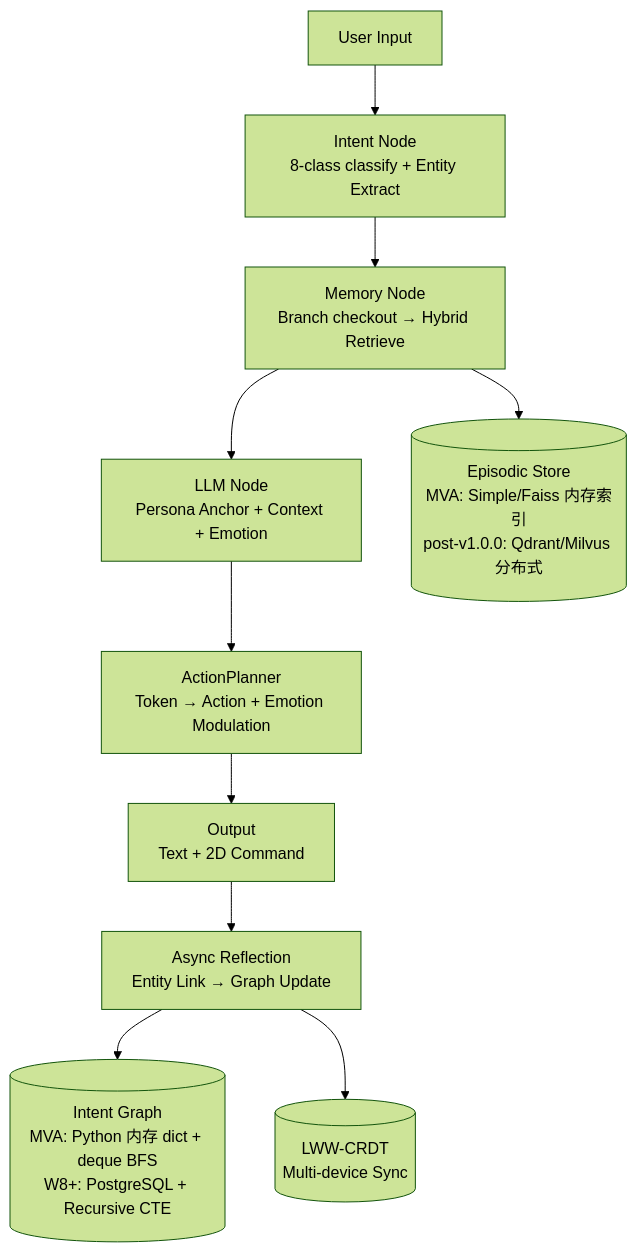
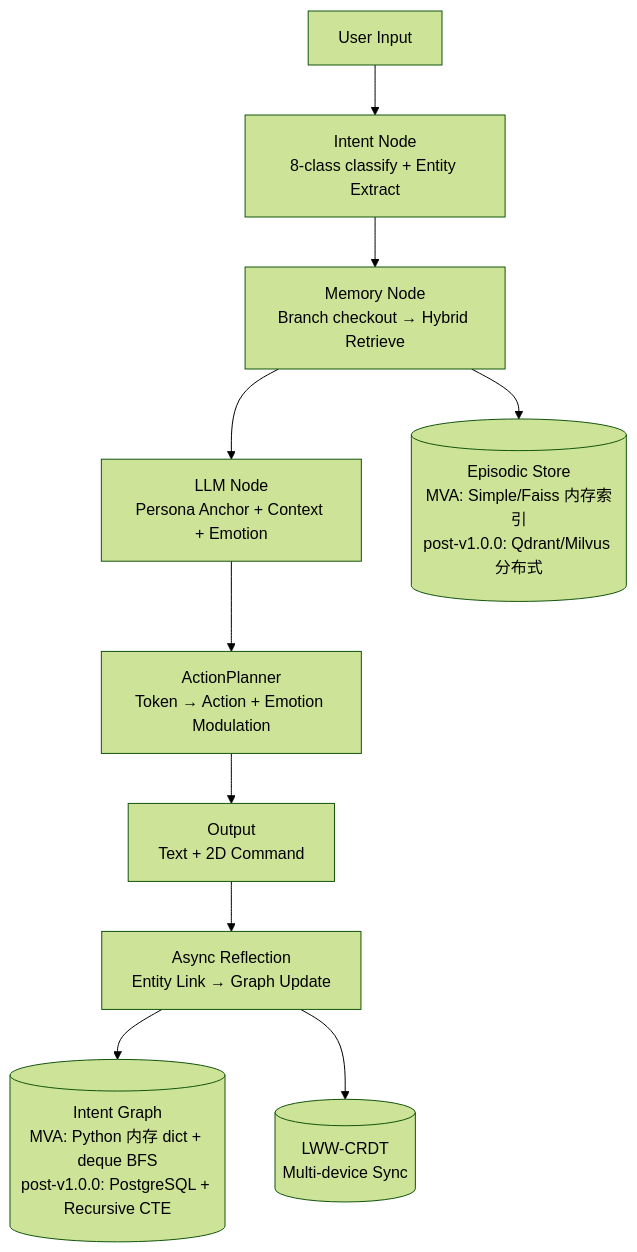
Before and after one commit to huanghe-00/ChronoPersona: the diagram in readme.md, drawn with Mermaid (forest theme). The commit also changed other lines of this file and 2 other files, not shown here.

````diff
--- a/readme.md
+++ b/readme.md
@@ -106,12 +106,12 @@
 ```mermaid
 graph TD
     A[User Input] --> B[Intent Node<br/>8-class classify + Entity Extract]
     B --> C[Memory Node<br/>Branch checkout → Hybrid Retrieve]
     C --> D[LLM Node<br/>Persona Anchor + Context + Emotion]
     D --> E[ActionPlanner<br/>Token → Action + Emotion Modulation]
     E --> F[Output<br/>Text + 2D Command]
     F --> G[Async Reflection<br/>Entity Link → Graph Update]
-    G --> H[(Intent Graph<br/>MVA: Python 内存 dict + deque BFS<br/>W8+: PostgreSQL + Recursive CTE)]
+    G --> H[(Intent Graph<br/>MVA: Python 内存 dict + deque BFS<br/>post-v1.0.0: PostgreSQL + Recursive CTE)]
     C --> I[(Episodic Store<br/>MVA: Simple/Faiss 内存索引<br/>post-v1.0.0: Qdrant/Milvus 分布式)]
     G --> J[(LWW-CRDT<br/>Multi-device Sync)]
 ```
````
